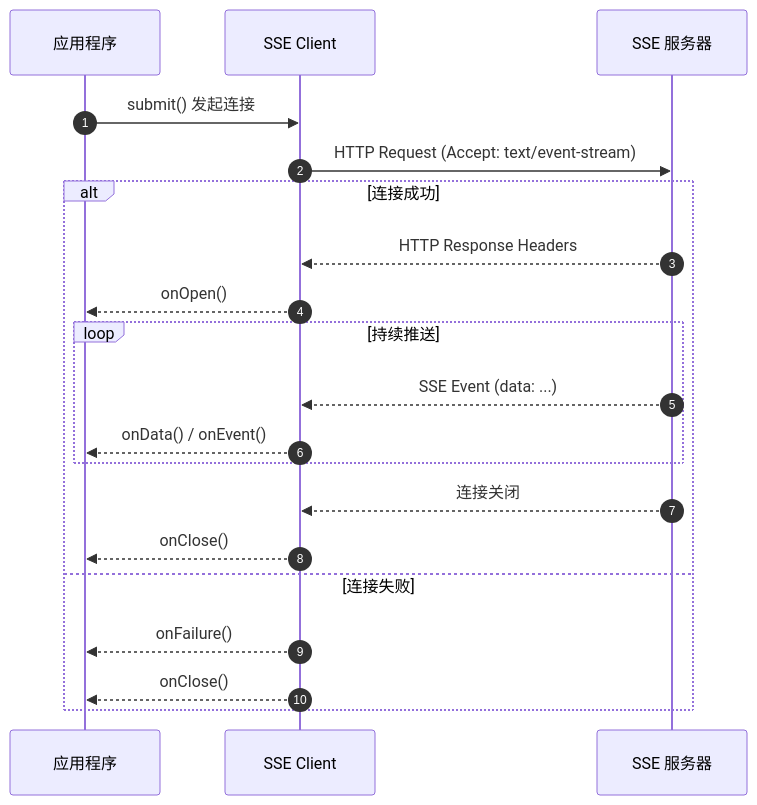
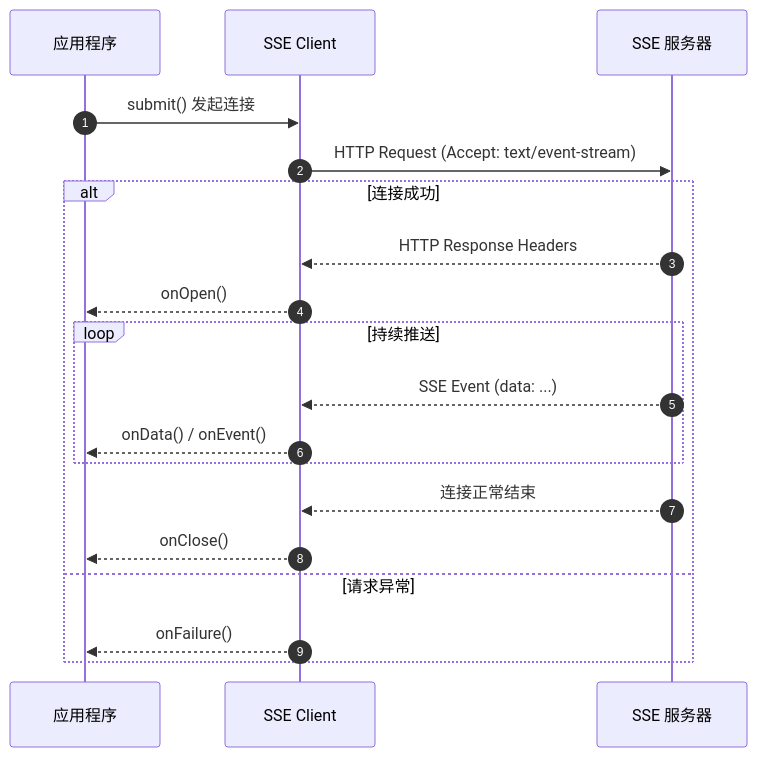
One commit to smartboot/feat changed the diagram in pages/src/content/docs/client/sse_client.mdx. Above: the diagram before and after it, drawn with Mermaid. The commit also changed other lines of this file, not shown here.

````diff
--- a/pages/src/content/docs/client/sse_client.mdx
+++ b/pages/src/content/docs/client/sse_client.mdx
@@ -98,26 +102,25 @@
 ```mermaid
 sequenceDiagram
     autonumber
     participant App as 应用程序
     participant Client as SSE Client
     participant Server as SSE 服务器
 
     App->>Client: submit() 发起连接
     Client->>Server: HTTP Request (Accept: text/event-stream)
     
     alt 连接成功
         Server-->>Client: HTTP Response Headers
         Client-->>App: onOpen()
         
         loop 持续推送
             Server-->>Client: SSE Event (data: ...)
             Client-->>App: onData() / onEvent()
         end
         
-        Server-->>Client: 连接关闭
+        Server-->>Client: 连接正常结束
         Client-->>App: onClose()
-    else 连接失败
+    else 请求异常
         Client-->>App: onFailure()
-        Client-->>App: onClose()
     end
 ```
````
